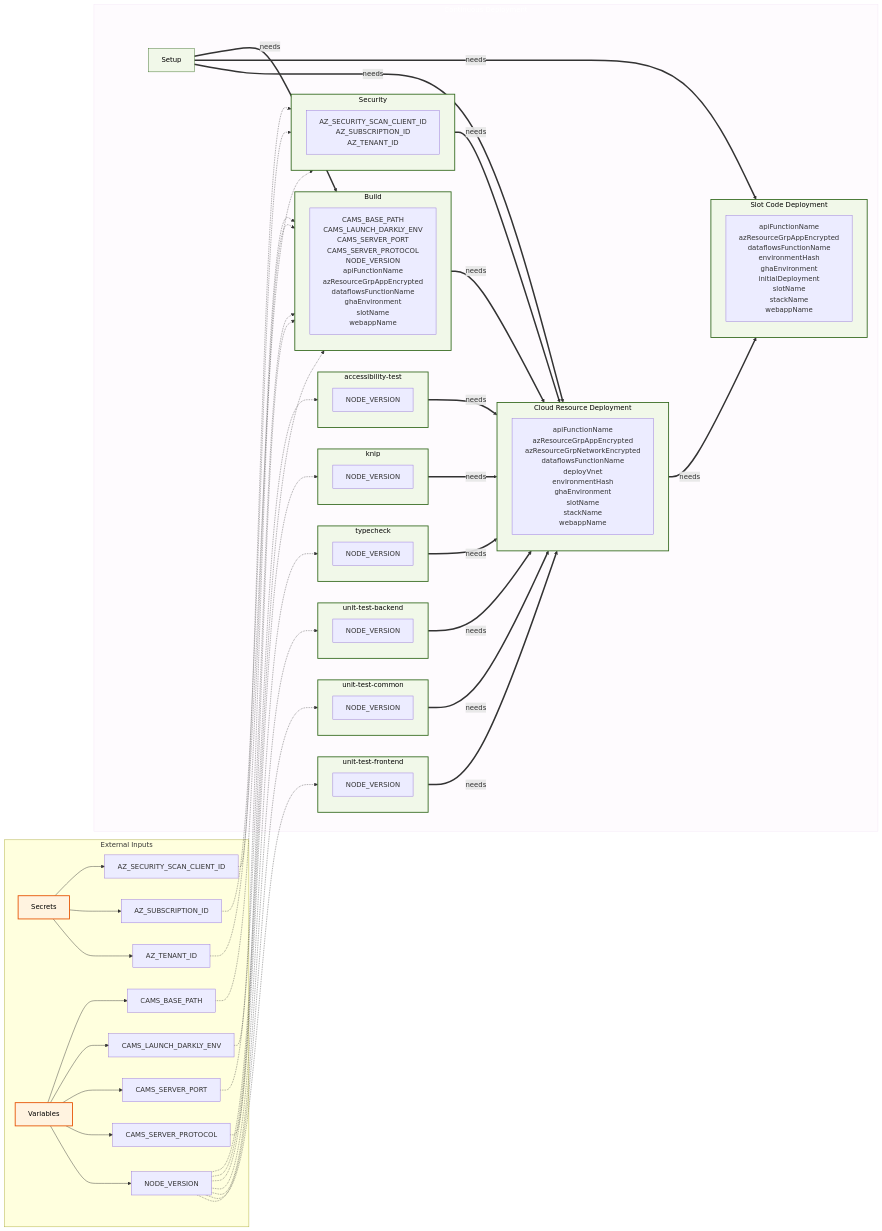
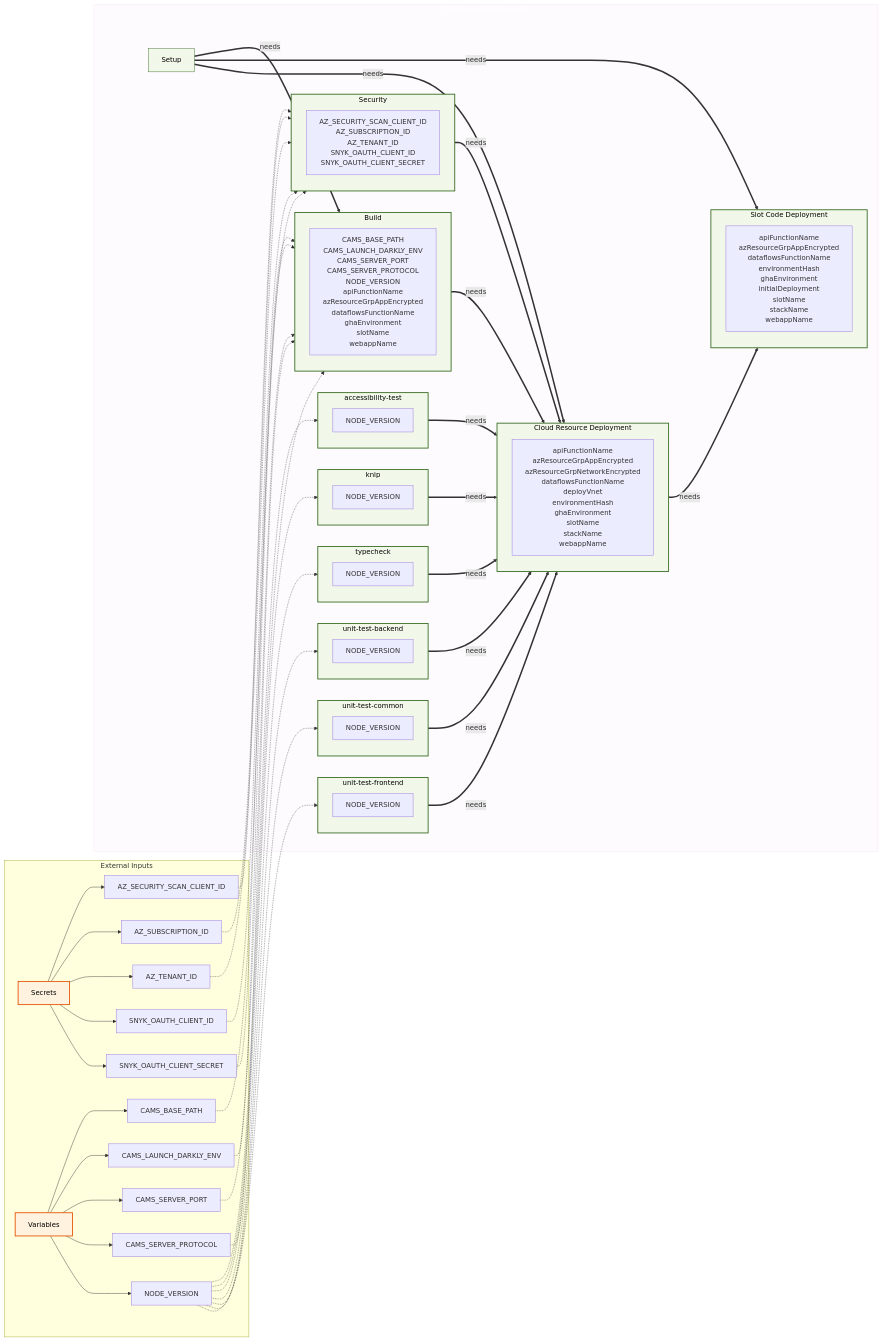
Before and after one commit to US-Trustee-Program/Bankruptcy-Oversight-Support-Systems: the eighth of 24 diagrams in docs/operations/workflow-diagram.md, drawn with Mermaid. The commit also changed other lines of this file and 2 other files, not shown here.

Commit message:
Revert Snyk credentials from KV to GHA secrets
Snyk OAuth credentials fetched from Key Vault did not authenticate
successfully during testing. Restore them as workflow_call secrets
passed from the caller while keeping AZ_SECURITY_SCAN_STORAGE_NAME
in Key Vault.

Jira ticket: CAMS-730

```diff
--- a/docs/operations/workflow-diagram.md
+++ b/docs/operations/workflow-diagram.md
@@ -318,6 +318,8 @@
         Secrets_AZ_SECURITY_SCAN_CLIENT_ID["AZ_SECURITY_SCAN_CLIENT_ID"]
         Secrets_AZ_SUBSCRIPTION_ID["AZ_SUBSCRIPTION_ID"]
         Secrets_AZ_TENANT_ID["AZ_TENANT_ID"]
+        Secrets_SNYK_OAUTH_CLIENT_ID["SNYK_OAUTH_CLIENT_ID"]
+        Secrets_SNYK_OAUTH_CLIENT_SECRET["SNYK_OAUTH_CLIENT_SECRET"]
         Variables["Variables"]
         Variables_CAMS_BASE_PATH["CAMS_BASE_PATH"]
         Variables_CAMS_LAUNCH_DARKLY_ENV["CAMS_LAUNCH_DARKLY_ENV"]
@@ -347,7 +349,7 @@
             typecheck_vars["NODE_VERSION"]
         end
         subgraph security_scan_subgraph["Security"]
-            security_scan_vars["AZ_SECURITY_SCAN_CLIENT_ID<br/>AZ_SUBSCRIPTION_ID<br/>AZ_TENANT_ID"]
+            security_scan_vars["AZ_SECURITY_SCAN_CLIENT_ID<br/>AZ_SUBSCRIPTION_ID<br/>AZ_TENANT_ID<br/>SNYK_OAUTH_CLIENT_ID<br/>SNYK_OAUTH_CLIENT_SECRET"]
         end
         subgraph build_subgraph["Build"]
             build_vars["CAMS_BASE_PATH<br/>CAMS_LAUNCH_DARKLY_ENV<br/>CAMS_SERVER_PORT<br/>CAMS_SERVER_PROTOCOL<br/>NODE_VERSION<br/>apiFunctionName<br/>azResourceGrpAppEncrypted<br/>dataflowsFunctionName<br/>ghaEnvironment<br/>slotName<br/>webappName"]
@@ -363,6 +365,8 @@
         Secrets --> Secrets_AZ_SECURITY_SCAN_CLIENT_ID
         Secrets --> Secrets_AZ_SUBSCRIPTION_ID
         Secrets --> Secrets_AZ_TENANT_ID
+        Secrets --> Secrets_SNYK_OAUTH_CLIENT_ID
+        Secrets --> Secrets_SNYK_OAUTH_CLIENT_SECRET
         Variables --> Variables_CAMS_BASE_PATH
         Variables --> Variables_CAMS_LAUNCH_DARKLY_ENV
         Variables --> Variables_CAMS_SERVER_PORT
@@ -371,6 +375,8 @@
     Secrets_AZ_SECURITY_SCAN_CLIENT_ID -.-> security_scan_subgraph
     Secrets_AZ_SUBSCRIPTION_ID -.-> security_scan_subgraph
     Secrets_AZ_TENANT_ID -.-> security_scan_subgraph
+    Secrets_SNYK_OAUTH_CLIENT_ID -.-> security_scan_subgraph
+    Secrets_SNYK_OAUTH_CLIENT_SECRET -.-> security_scan_subgraph
     Variables_CAMS_BASE_PATH -.-> build_subgraph
     Variables_CAMS_LAUNCH_DARKLY_ENV -.-> build_subgraph
     Variables_CAMS_SERVER_PORT -.-> build_subgraph
```
